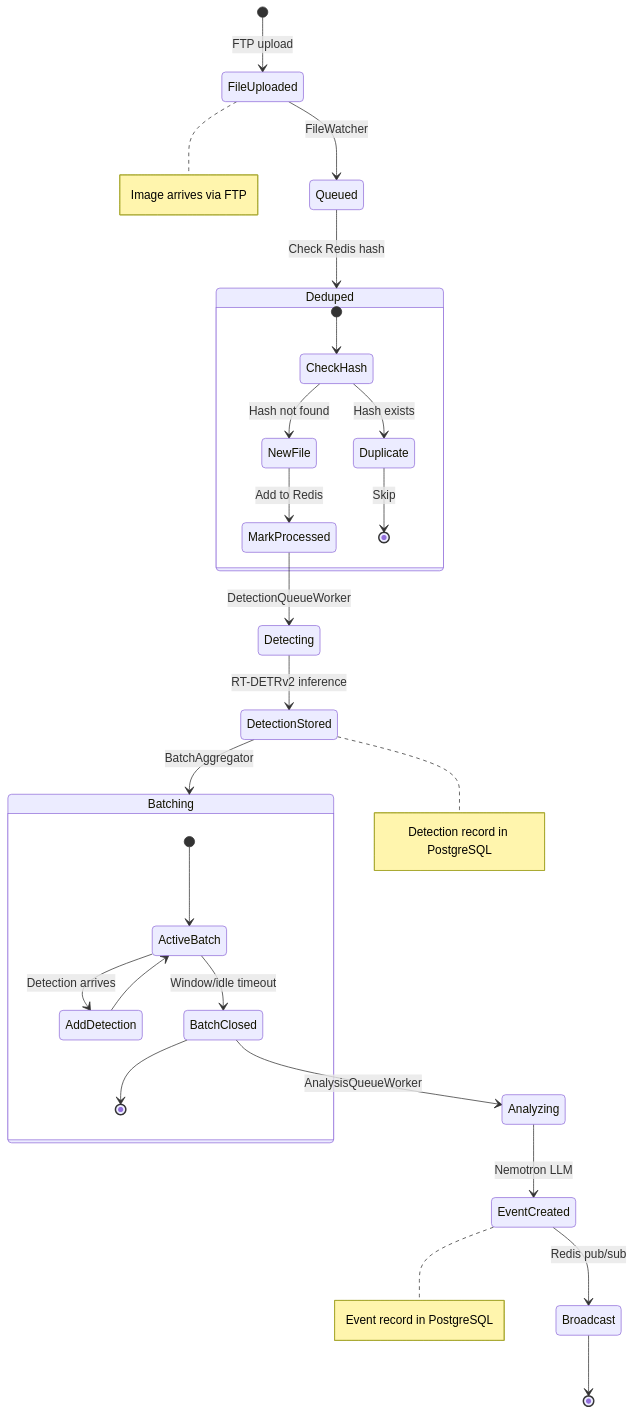
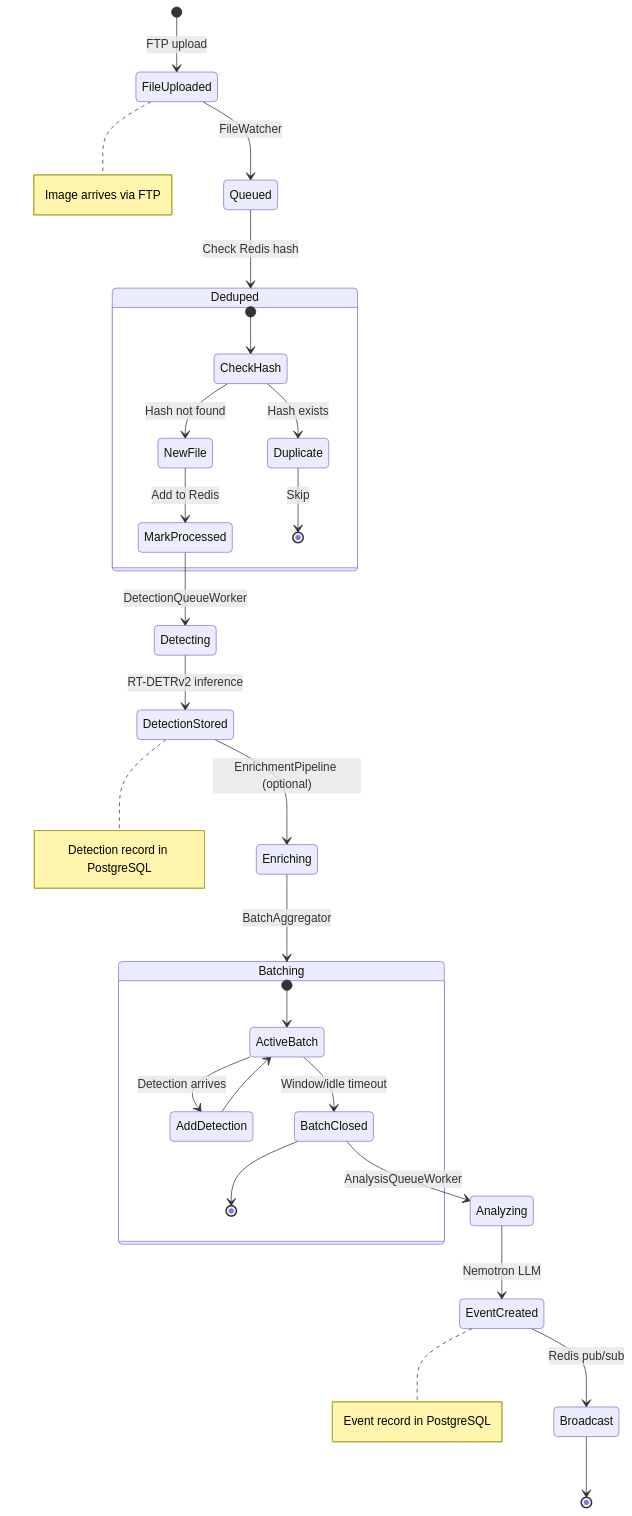
One commit to mikesvoboda/nemotron-v3-home-security-intelligence changed the third of 4 diagrams in docs/architecture/data-model.md. Above: the diagram before and after it, drawn with Mermaid. The commit also changed other lines of this file and 28 other files, not shown here.

````diff
--- a/docs/architecture/data-model.md
+++ b/docs/architecture/data-model.md
@@ -532,36 +536,37 @@
 ```mermaid
 stateDiagram-v2
     [*] --> FileUploaded: FTP upload
 
     FileUploaded --> Queued: FileWatcher
     Queued --> Deduped: Check Redis hash
 
     state Deduped {
         [*] --> CheckHash
         CheckHash --> Duplicate: Hash exists
         CheckHash --> NewFile: Hash not found
         NewFile --> MarkProcessed: Add to Redis
         Duplicate --> [*]: Skip
     }
 
     MarkProcessed --> Detecting: DetectionQueueWorker
     Detecting --> DetectionStored: RT-DETRv2 inference
-    DetectionStored --> Batching: BatchAggregator
+    DetectionStored --> Enriching: EnrichmentPipeline (optional)
+    Enriching --> Batching: BatchAggregator
 
     state Batching {
         [*] --> ActiveBatch
         ActiveBatch --> AddDetection: Detection arrives
         AddDetection --> ActiveBatch
         ActiveBatch --> BatchClosed: Window/idle timeout
         BatchClosed --> [*]
     }
 
     BatchClosed --> Analyzing: AnalysisQueueWorker
     Analyzing --> EventCreated: Nemotron LLM
     EventCreated --> Broadcast: Redis pub/sub
     Broadcast --> [*]
 
     note right of FileUploaded: Image arrives via FTP
     note right of DetectionStored: Detection record in PostgreSQL
     note right of EventCreated: Event record in PostgreSQL
 ```
````
